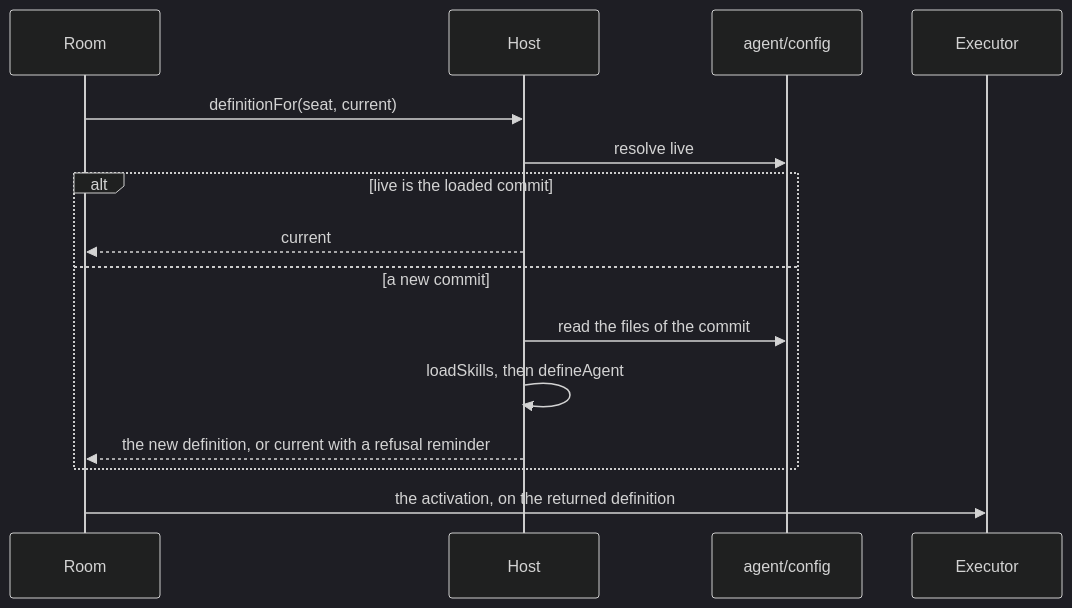
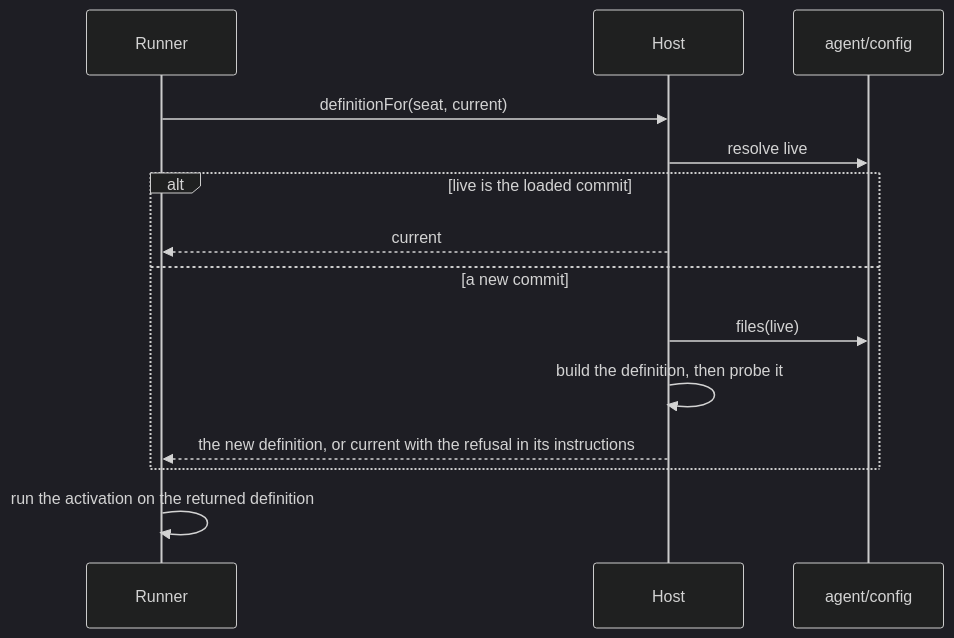
The first of 2 diagrams in docs/gitforeverything.md (ambionframework/ambion), drawn with Mermaid (dark theme) before and after one commit. The commit also changed other lines of this file and 1 other file, not shown here.

````diff
--- a/docs/gitforeverything.md
+++ b/docs/gitforeverything.md
@@ -120,17 +163,16 @@
 ```mermaid
 sequenceDiagram
-  participant R as Room
+  participant R as Runner
   participant H as Host
   participant C as agent/config
-  participant E as Executor
   R->>H: definitionFor(seat, current)
   H->>C: resolve live
   alt live is the loaded commit
     H-->>R: current
   else a new commit
-    H->>C: read the files of the commit
-    H->>H: loadSkills, then defineAgent
-    H-->>R: the new definition, or current with a refusal reminder
+    H->>C: files(live)
+    H->>H: build the definition, then probe it
+    H-->>R: the new definition, or current with the refusal in its instructions
   end
-  R->>E: the activation, on the returned definition
+  R->>R: run the activation on the returned definition
 ```
````
